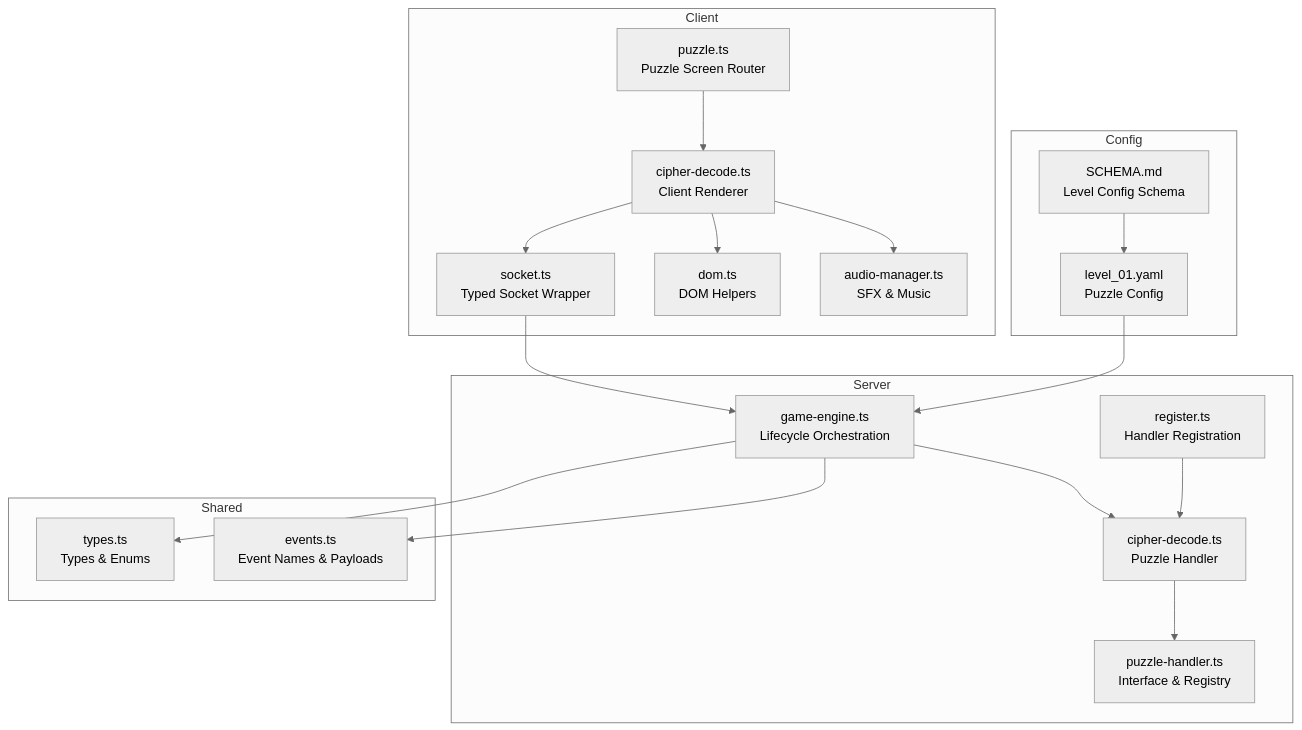
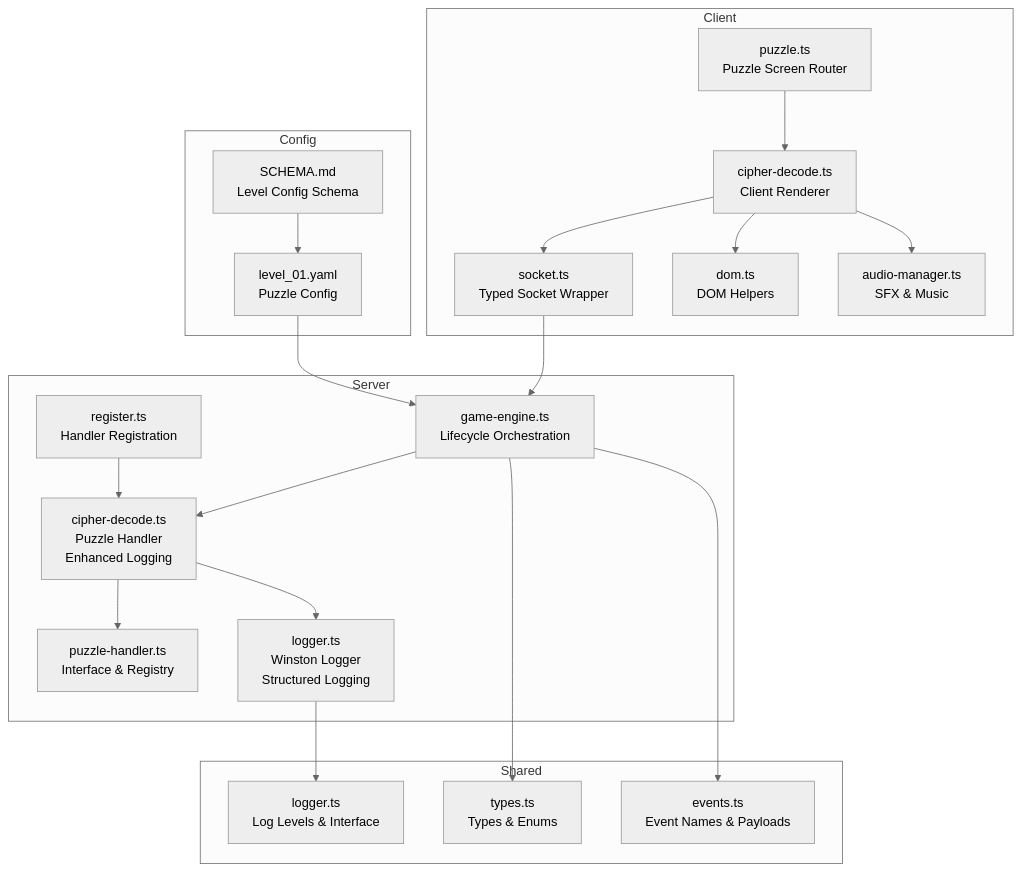
The first of 7 diagrams in .qoder/repowiki/en/content/Puzzle System/Cipher Decode Puzzle.md (dkoukoul/escape-room-mvp), drawn with Mermaid (neutral theme) before and after one commit. The commit also changed other lines of this file and 21 other files, not shown here.

````diff
--- a/.qoder/repowiki/en/content/Puzzle System/Cipher Decode Puzzle.md
+++ b/.qoder/repowiki/en/content/Puzzle System/Cipher Decode Puzzle.md
@@ -39,36 +53,40 @@
 ```mermaid
 graph TB
 subgraph "Client"
 A["cipher-decode.ts<br/>Client Renderer"]
 B["puzzle.ts<br/>Puzzle Screen Router"]
 C["socket.ts<br/>Typed Socket Wrapper"]
 D["dom.ts<br/>DOM Helpers"]
 E["audio-manager.ts<br/>SFX & Music"]
 end
 subgraph "Server"
-F["cipher-decode.ts<br/>Puzzle Handler"]
+F["cipher-decode.ts<br/>Puzzle Handler<br/>Enhanced Logging"]
 G["puzzle-handler.ts<br/>Interface & Registry"]
 H["register.ts<br/>Handler Registration"]
 I["game-engine.ts<br/>Lifecycle Orchestration"]
+J["logger.ts<br/>Winston Logger<br/>Structured Logging"]
 end
 subgraph "Shared"
-J["types.ts<br/>Types & Enums"]
-K["events.ts<br/>Event Names & Payloads"]
+K["types.ts<br/>Types & Enums"]
+L["events.ts<br/>Event Names & Payloads"]
+M["logger.ts<br/>Log Levels & Interface"]
 end
 subgraph "Config"
-L["SCHEMA.md<br/>Level Config Schema"]
-M["level_01.yaml<br/>Puzzle Config"]
+N["SCHEMA.md<br/>Level Config Schema"]
+O["level_01.yaml<br/>Puzzle Config"]
 end
 A --> C
 B --> A
 A --> D
 A --> E
 C --> I
 I --> F
 F --> G
 H --> F
-I --> J
 I --> K
-M --> I
-L --> M
+I --> L
+O --> I
+N --> O
+F --> J
+J --> M
 ```
````
